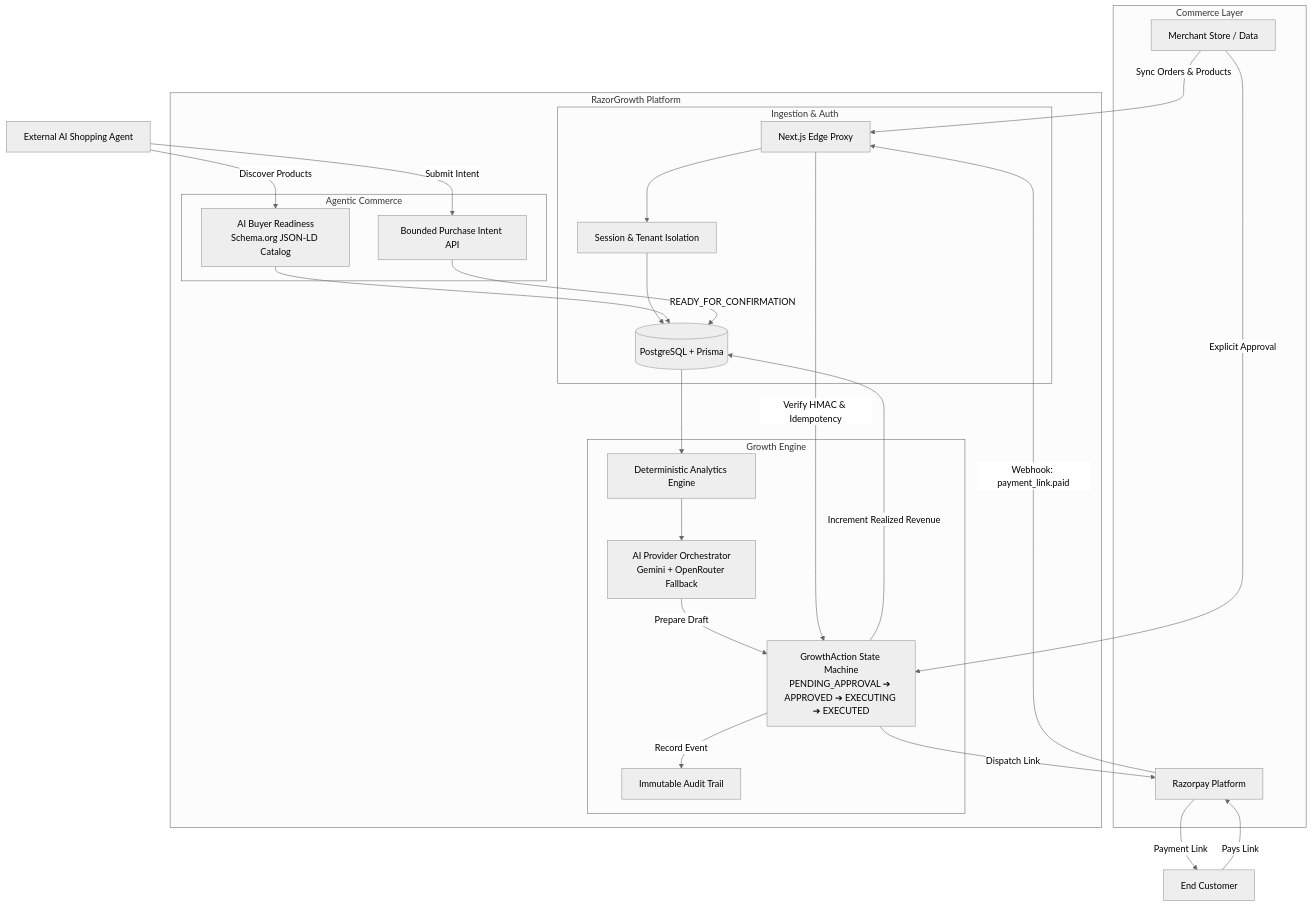
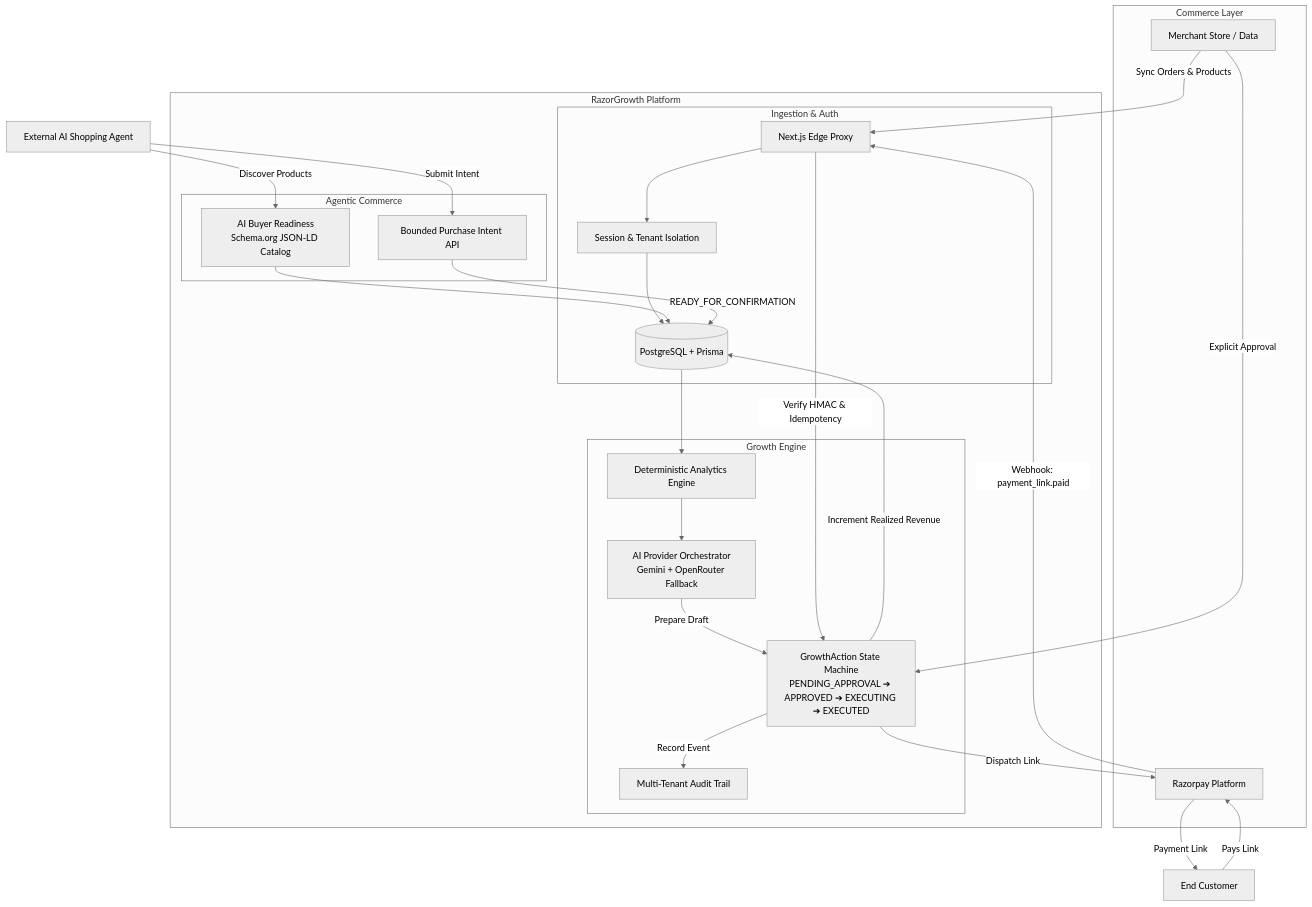
Before and after one commit to Arman6117/razorgrowth: the second of 2 diagrams in README.md, drawn with Mermaid (neutral theme). The commit also changed other lines of this file, not shown here.

````diff
--- a/README.md
+++ b/README.md
@@ -138,48 +138,48 @@
 ```mermaid
 graph TD
     subgraph Commerce Layer
         Merchant[Merchant Store / Data]
         RZP[Razorpay Platform]
     end
 
     subgraph RazorGrowth Platform
         subgraph Ingestion & Auth
             Proxy[Next.js Edge Proxy]
             Auth[Session & Tenant Isolation]
             DB[(PostgreSQL + Prisma)]
         end
 
         subgraph Growth Engine
             Analytics[Deterministic Analytics Engine]
             AIOrch[AI Provider Orchestrator\nGemini + OpenRouter Fallback]
             StateMachine[GrowthAction State Machine\nPENDING_APPROVAL ➔ APPROVED ➔ EXECUTING ➔ EXECUTED]
-            AuditLog[Immutable Audit Trail]
+            AuditLog[Multi-Tenant Audit Trail]
         end
 
         subgraph Agentic Commerce
             AICatalog[AI Buyer Readiness\nSchema.org JSON-LD Catalog]
             PurchaseIntent[Bounded Purchase Intent API]
         end
     end
 
     Merchant -->|Sync Orders & Products| Proxy
     Proxy --> Auth
     Auth --> DB
     DB --> Analytics
     Analytics --> AIOrch
     AIOrch -->|Prepare Draft| StateMachine
     StateMachine -->|Record Event| AuditLog
     
     Merchant -->|Explicit Approval| StateMachine
     StateMachine -->|Dispatch Link| RZP
     RZP -->|Payment Link| Customer[End Customer]
     Customer -->|Pays Link| RZP
     RZP -->|Webhook: payment_link.paid| Proxy
     Proxy -->|Verify HMAC & Idempotency| StateMachine
     StateMachine -->|Increment Realized Revenue| DB
 
     ExternalAI[External AI Shopping Agent] -->|Discover Products| AICatalog
     AICatalog --> DB
     ExternalAI -->|Submit Intent| PurchaseIntent
     PurchaseIntent -->|READY_FOR_CONFIRMATION| DB
 ```
````
